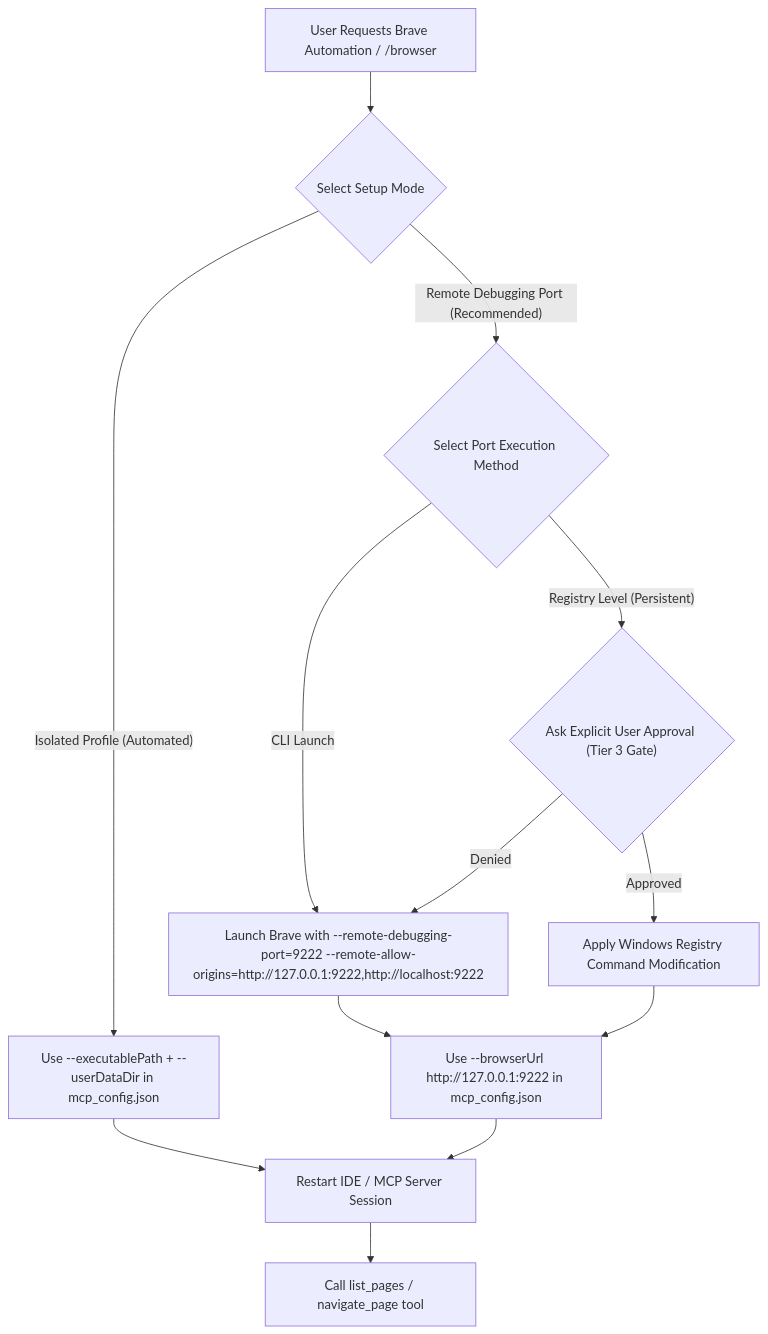
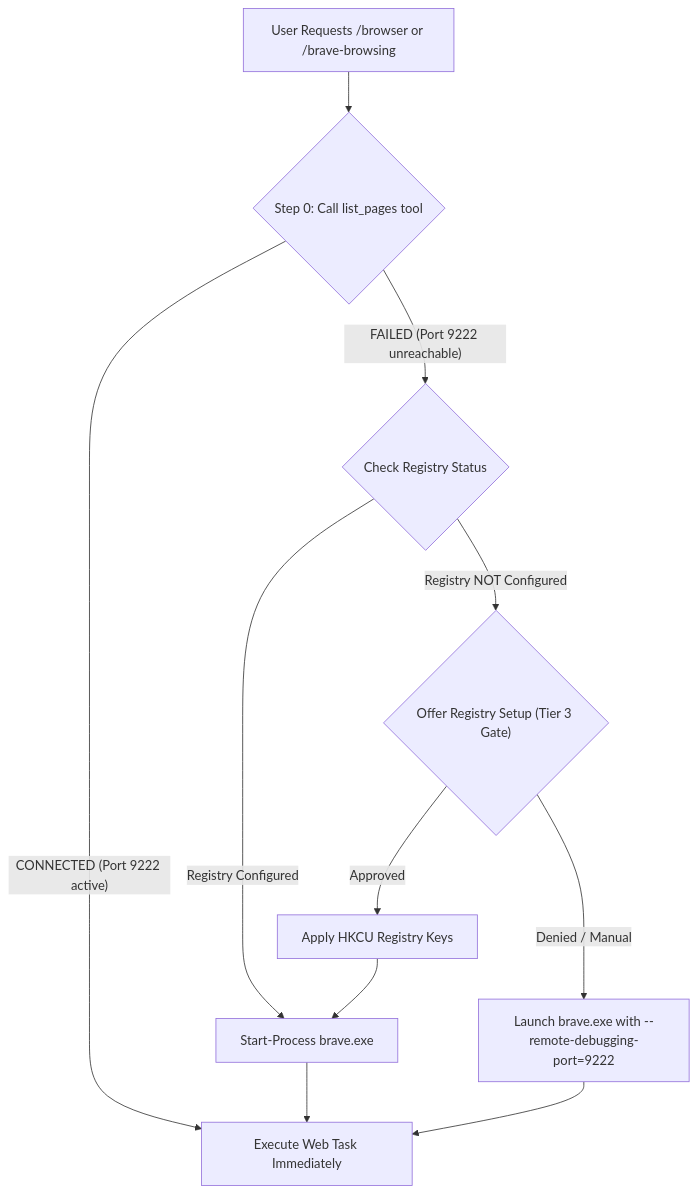
The diagram in productivity/brave-browsing/SKILL.md (loerei/myskills), drawn with Mermaid before and after one commit. The commit also changed other lines of this file, not shown here.

Commit message:
feat(brave-browsing): add Step 0 Fast Connection Protocol to auto-detect port 9222 and Registry status

````diff
--- a/productivity/brave-browsing/SKILL.md
+++ b/productivity/brave-browsing/SKILL.md
@@ -36,18 +42,14 @@
 ```mermaid
 flowchart TD
-    Start["User Requests Brave Automation / /browser"] --> Strategy{"Select Setup Mode"}
+    Start["User Requests /browser or /brave-browsing"] --> FastCheck{"Step 0: Call list_pages tool"}
     
-    Strategy -->|"Remote Debugging Port (Recommended)"| CheckMode{"Select Port Execution Method"}
-    CheckMode -->|"CLI Launch"| StartBravePort["Launch Brave with --remote-debugging-port=9222 --remote-allow-origins=http://127.0.0.1:9222,http://localhost:9222"]
-    CheckMode -->|"Registry Level (Persistent)"| RegGate{"Ask Explicit User Approval (Tier 3 Gate)"}
-    RegGate -->|"Approved"| ApplyReg["Apply Windows Registry Command Modification"]
-    RegGate -->|"Denied"| StartBravePort
+    FastCheck -->|"CONNECTED (Port 9222 active)"| DirectWork["Execute Web Task Immediately"]
     
-    Strategy -->|"Isolated Profile (Automated)"| LaunchExecPath["Use --executablePath + --userDataDir in mcp_config.json"]
+    FastCheck -->|"FAILED (Port 9222 unreachable)"| CheckReg{"Check Registry Status"}
     
-    StartBravePort --> ConnectPort["Use --browserUrl http://127.0.0.1:9222 in mcp_config.json"]
-    ApplyReg --> ConnectPort
-    LaunchExecPath --> RestartMCP["Restart IDE / MCP Server Session"]
-    ConnectPort --> RestartMCP
-    RestartMCP --> Verify["Call list_pages / navigate_page tool"]
+    CheckReg -->|"Registry Configured"| LaunchBrave["Start-Process brave.exe"] --> DirectWork
+    CheckReg -->|"Registry NOT Configured"| RegGate{"Offer Registry Setup (Tier 3 Gate)"}
+    
+    RegGate -->|"Approved"| ApplyReg["Apply HKCU Registry Keys"] --> LaunchBrave
+    RegGate -->|"Denied / Manual"| CLILaunch["Launch brave.exe with --remote-debugging-port=9222"] --> DirectWork
 ```
````
